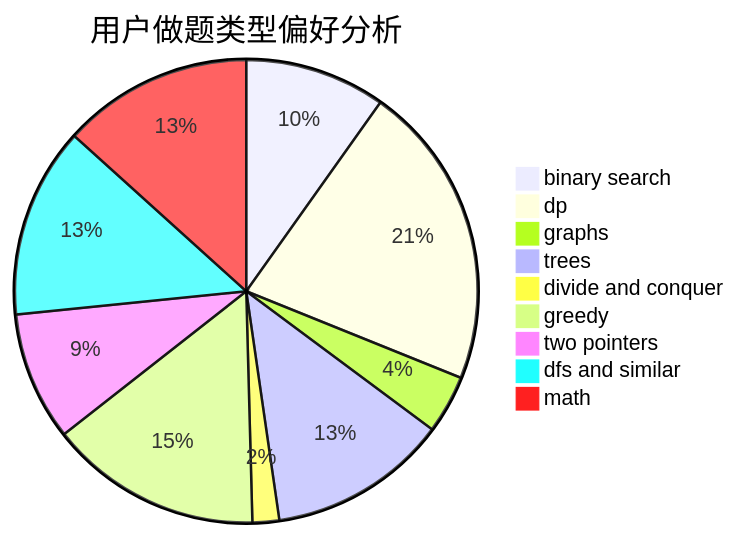
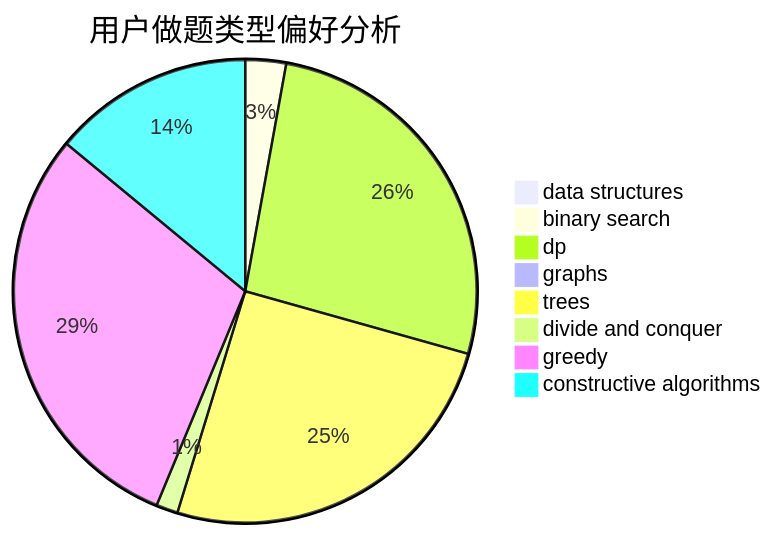
One commit to sherpahu/cfrs.github.io changed the second of 3 diagrams in docs/user/u2227.md. Above: the diagram before and after it, drawn with Mermaid. The commit also changed other lines of this file and 2775 other files, not shown here.

````diff
--- a/docs/user/u2227.md
+++ b/docs/user/u2227.md
@@ -23,12 +23,11 @@
 ```mermaid
 pie title 用户做题类型偏好分析
-    "binary search" :  116
-    "dp" :  251
-    "graphs" :  48
-    "trees" :  148
-    "divide and conquer" :  22
-    "greedy" :  175
-    "two pointers" :  106
-    "dfs and similar" :  157
-    "math" :  157
+    "data structures" :  3
+    "binary search" :  15
+    "dp" :  140
+    "graphs" :  4
+    "trees" :  134
+    "divide and conquer" :  8
+    "greedy" :  157
+    "constructive algorithms" :  74
 ```
````
